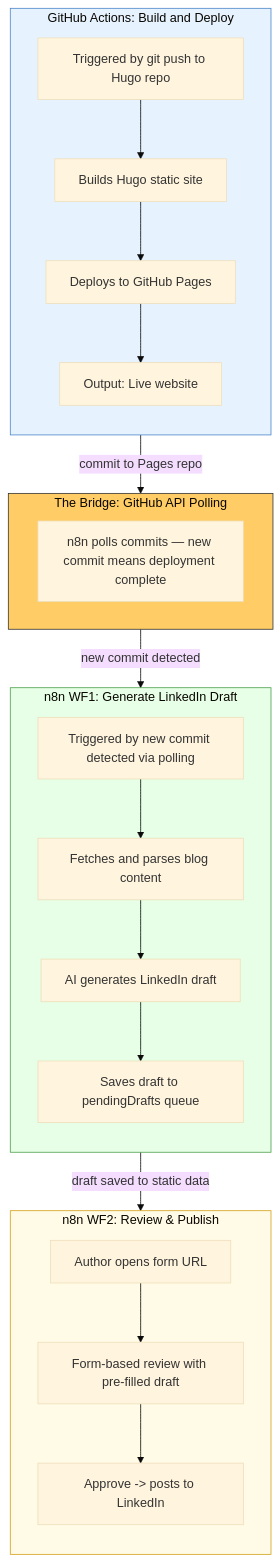
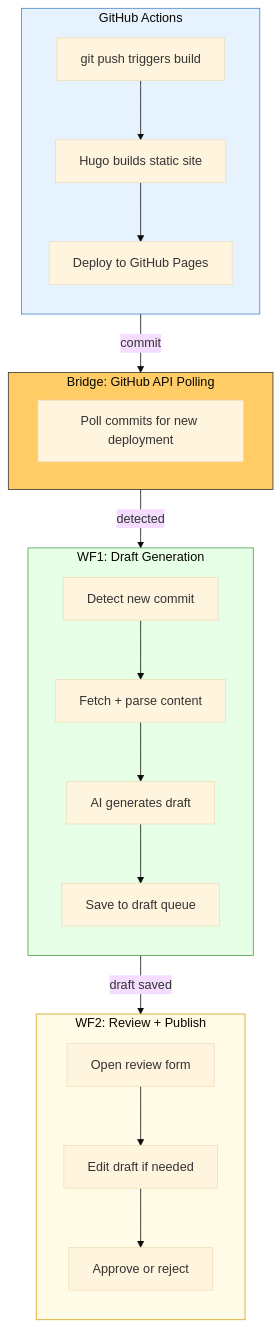
The sixth of 7 diagrams in docs/architecture.md (thatsmeadarsh/n8n-powered-auto-web-publish), drawn with Mermaid (base theme) before and after one commit.

Commit message:
Fix text overlap in Integration Highlight mermaid diagram

````diff
--- a/docs/architecture.md
+++ b/docs/architecture.md
@@ -355,41 +355,40 @@
 ```mermaid
 graph TB
-    subgraph Bridge["The Bridge: GitHub API Polling"]
-        FW["n8n polls commits — new commit means deployment complete"]
+    subgraph Bridge["Bridge: GitHub API Polling"]
+        FW["Poll commits for new deployment"]
     end
 
-    subgraph GitHubActions["GitHub Actions: Build and Deploy"]
+    subgraph GitHubActions["GitHub Actions"]
         direction TB
-        GA1["Triggered by git push to Hugo repo"]
-        GA2["Builds Hugo static site"]
-        GA3["Deploys to GitHub Pages"]
-        GA4["Output: Live website"]
-        GA1 --> GA2 --> GA3 --> GA4
+        GA1["git push triggers build"]
+        GA2["Hugo builds static site"]
+        GA3["Deploy to GitHub Pages"]
+        GA1 --> GA2 --> GA3
     end
 
-    subgraph n8nWF1["n8n WF1: Generate LinkedIn Draft"]
+    subgraph n8nWF1["WF1: Draft Generation"]
         direction TB
-        N1["Triggered by new commit detected via polling"]
-        N2["Fetches and parses blog content"]
-        N3["AI generates LinkedIn draft"]
-        N4["Saves draft to pendingDrafts queue"]
+        N1["Detect new commit"]
+        N2["Fetch + parse content"]
+        N3["AI generates draft"]
+        N4["Save to draft queue"]
         N1 --> N2 --> N3 --> N4
     end
 
-    subgraph n8nWF2["n8n WF2: Review & Publish"]
+    subgraph n8nWF2["WF2: Review + Publish"]
         direction TB
-        N5["Author opens form URL"]
-        N6["Form-based review with pre-filled draft"]
-        N7["Approve -> posts to LinkedIn"]
+        N5["Open review form"]
+        N6["Edit draft if needed"]
+        N7["Approve or reject"]
         N5 --> N6 --> N7
     end
 
-    GitHubActions -->|"commit to Pages repo"| Bridge
-    Bridge -->|"new commit detected"| n8nWF1
-    n8nWF1 -->|"draft saved to static data"| n8nWF2
+    GitHubActions -->|"commit"| Bridge
+    Bridge -->|"detected"| n8nWF1
+    n8nWF1 -->|"draft saved"| n8nWF2
 
     style Bridge fill:#ffcc66,stroke:#333
     style GitHubActions fill:#e6f3ff,stroke:#4a86c8
     style n8nWF1 fill:#e6ffe6,stroke:#4a9e4a
     style n8nWF2 fill:#fffbe6,stroke:#d4a017
 ```
````
